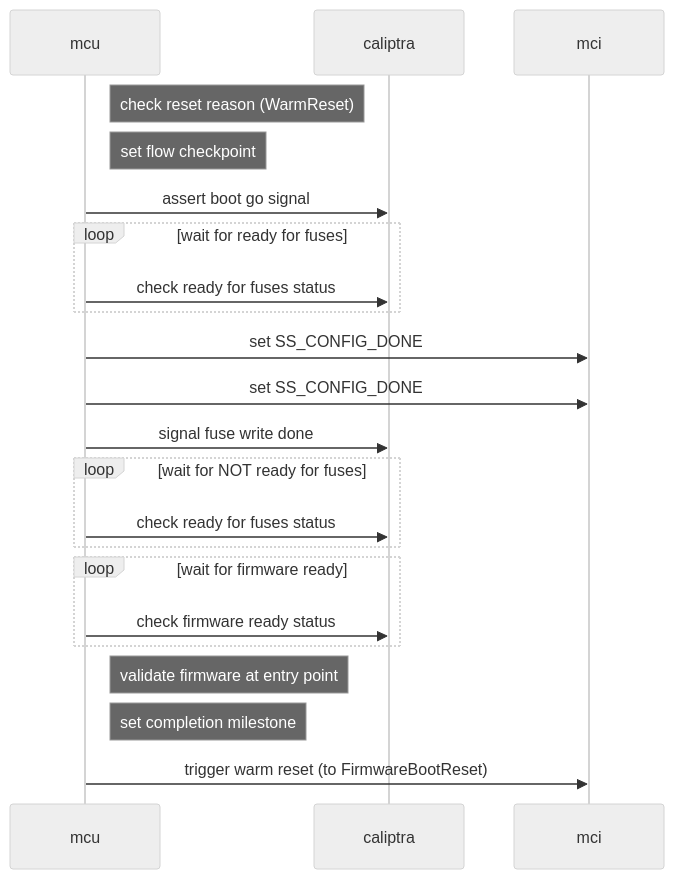
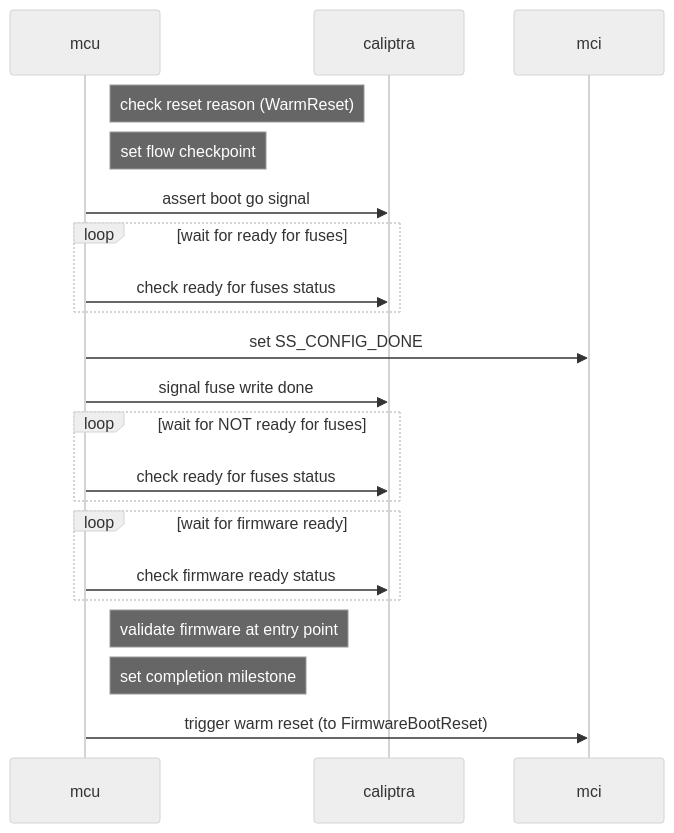
The fourth of 4 diagrams in docs/src/rom.md (chipsalliance/caliptra-mcu-sw), drawn with Mermaid (neutral theme) before and after one commit. The commit also changed other lines of this file and 4 other files, not shown here.

````diff
--- a/docs/src/rom.md
+++ b/docs/src/rom.md
@@ -191,21 +194,20 @@
 ```mermaid
 sequenceDiagram
     note right of mcu: check reset reason (WarmReset)
     note right of mcu: set flow checkpoint
     mcu->>caliptra: assert boot go signal
     loop wait for ready for fuses
         mcu->>caliptra: check ready for fuses status
     end
-    mcu->>mci: set SS_CONFIG_DONE
     mcu->>mci: set SS_CONFIG_DONE
     mcu->>caliptra: signal fuse write done
     loop wait for NOT ready for fuses
         mcu->>caliptra: check ready for fuses status
     end
     loop wait for firmware ready
         mcu->>caliptra: check firmware ready status
     end
     note right of mcu: validate firmware at entry point
     note right of mcu: set completion milestone
     mcu->>mci: trigger warm reset (to FirmwareBootReset)
 ```
````
